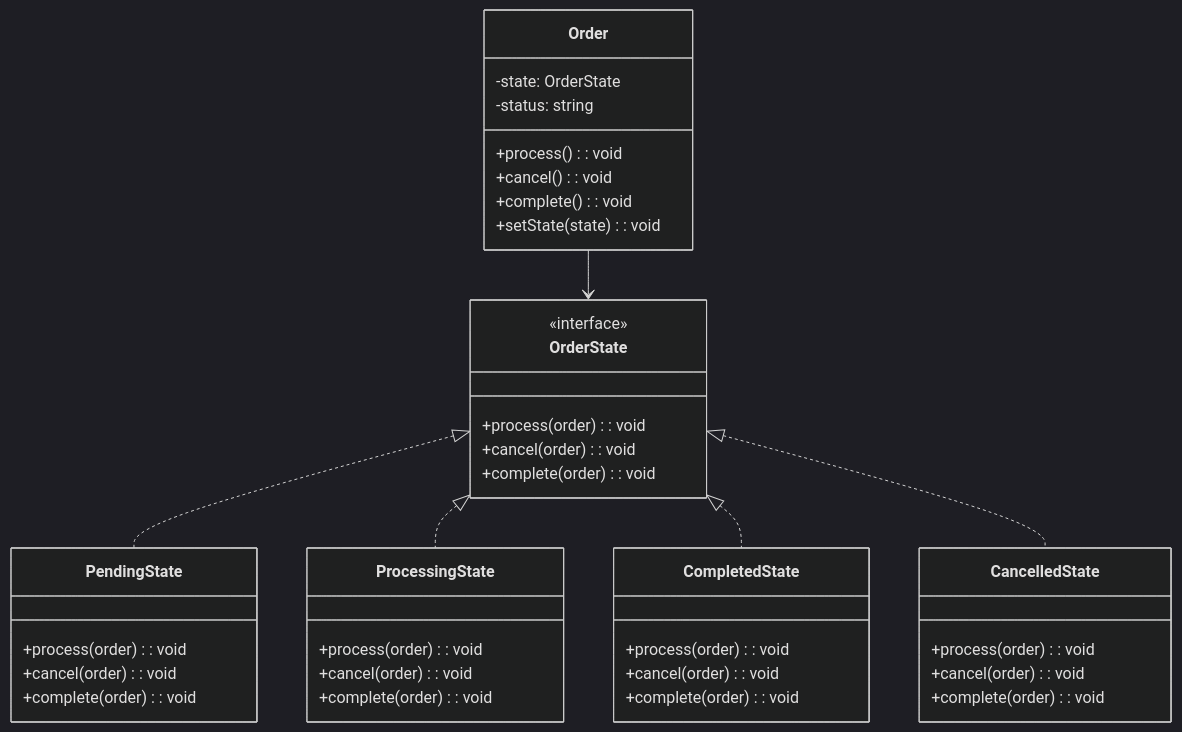
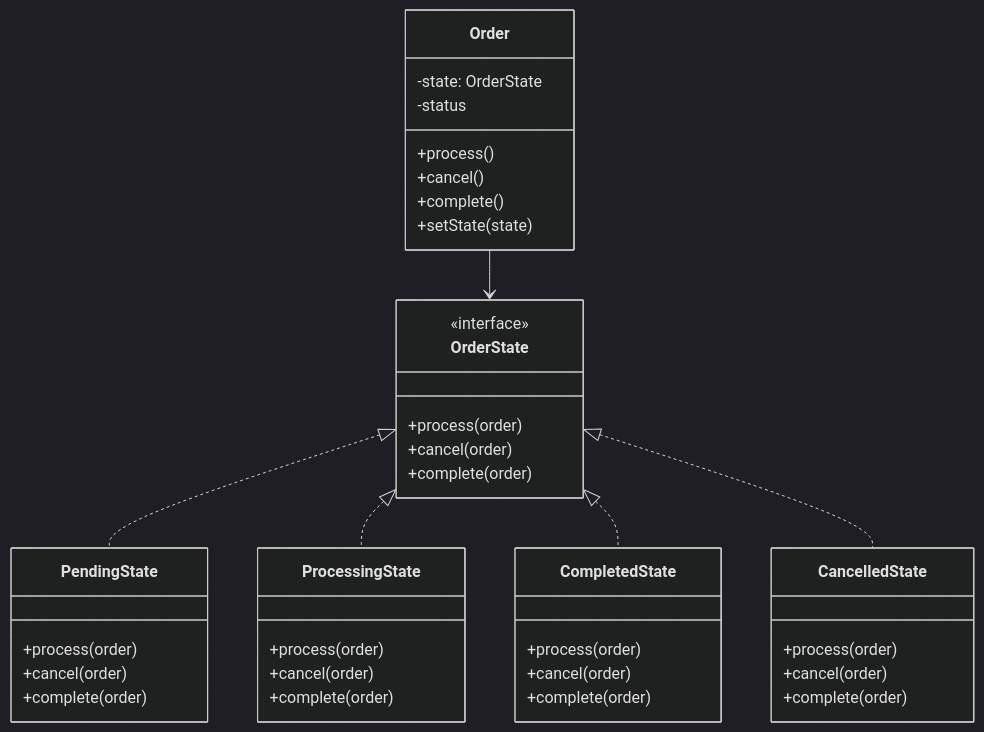
The third of 4 diagrams in resources/design-patterns/laravel/behavioral/state_en.md (fanly/DesignPattern), drawn with Mermaid (dark theme) before and after one commit. The commit also changed other lines of this file and 103 other files, not shown here.

````diff
--- a/resources/design-patterns/laravel/behavioral/state_en.md
+++ b/resources/design-patterns/laravel/behavioral/state_en.md
@@ -82,48 +82,48 @@
 ```mermaid
 classDiagram
     class Order {
         -state: OrderState
-        -status: string
-        +process(): void
-        +cancel(): void
-        +complete(): void
-        +setState(state): void
+        -status
+        +process()
+        +cancel()
+        +complete()
+        +setState(state)
     }
     
     class OrderState {
         <<interface>>
-        +process(order): void
-        +cancel(order): void
-        +complete(order): void
+        +process(order)
+        +cancel(order)
+        +complete(order)
     }
     
     class PendingState {
-        +process(order): void
-        +cancel(order): void
-        +complete(order): void
+        +process(order)
+        +cancel(order)
+        +complete(order)
     }
     
     class ProcessingState {
-        +process(order): void
-        +cancel(order): void
-        +complete(order): void
+        +process(order)
+        +cancel(order)
+        +complete(order)
     }
     
     class CompletedState {
-        +process(order): void
-        +cancel(order): void
-        +complete(order): void
+        +process(order)
+        +cancel(order)
+        +complete(order)
     }
     
     class CancelledState {
-        +process(order): void
-        +cancel(order): void
-        +complete(order): void
+        +process(order)
+        +cancel(order)
+        +complete(order)
     }
     
     Order --> OrderState
     OrderState <|.. PendingState
     OrderState <|.. ProcessingState
     OrderState <|.. CompletedState
     OrderState <|.. CancelledState
 ```
````
